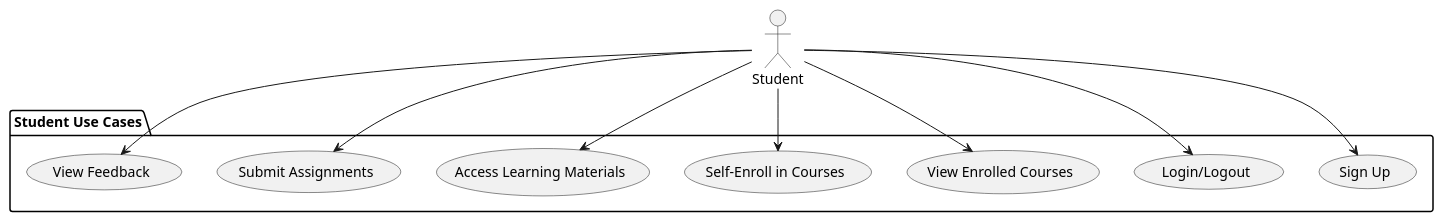
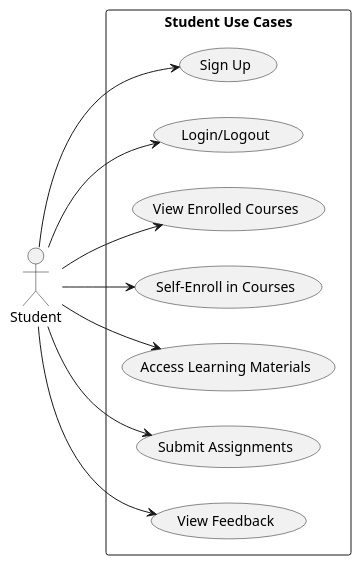
Before and after one commit to Huangphoux/uit-SE357_requirement: the diagram in docs/2. Diagrams/Use case diagram/StudentUseCaseDiagram.pu, drawn with PlantUML. The commit also changed 30 other files, not shown here.

```diff
--- a/docs/2. Diagrams/Use case diagram/StudentUseCaseDiagram.pu
+++ b/docs/2. Diagrams/Use case diagram/StudentUseCaseDiagram.pu
@@ -1,26 +1,28 @@
 @startuml StudentUseCaseDiagram
+
+left to right direction
 
 ' Define actor
 actor Student
 
 ' Group use cases in a box
-package "Student Use Cases" {
+rectangle "Student Use Cases" {
   usecase "Sign Up" as UC1
   usecase "Login/Logout" as UC2
   usecase "View Enrolled Courses" as UC3
   usecase "Self-Enroll in Courses" as UC4
   usecase "Access Learning Materials" as UC5
   usecase "Submit Assignments" as UC6
   usecase "View Feedback" as UC7
 }
 
 ' Relationships for Student
 Student --> UC1
 Student --> UC2
 Student --> UC3
 Student --> UC4
 Student --> UC5
 Student --> UC6
 Student --> UC7
 
 @enduml
```
